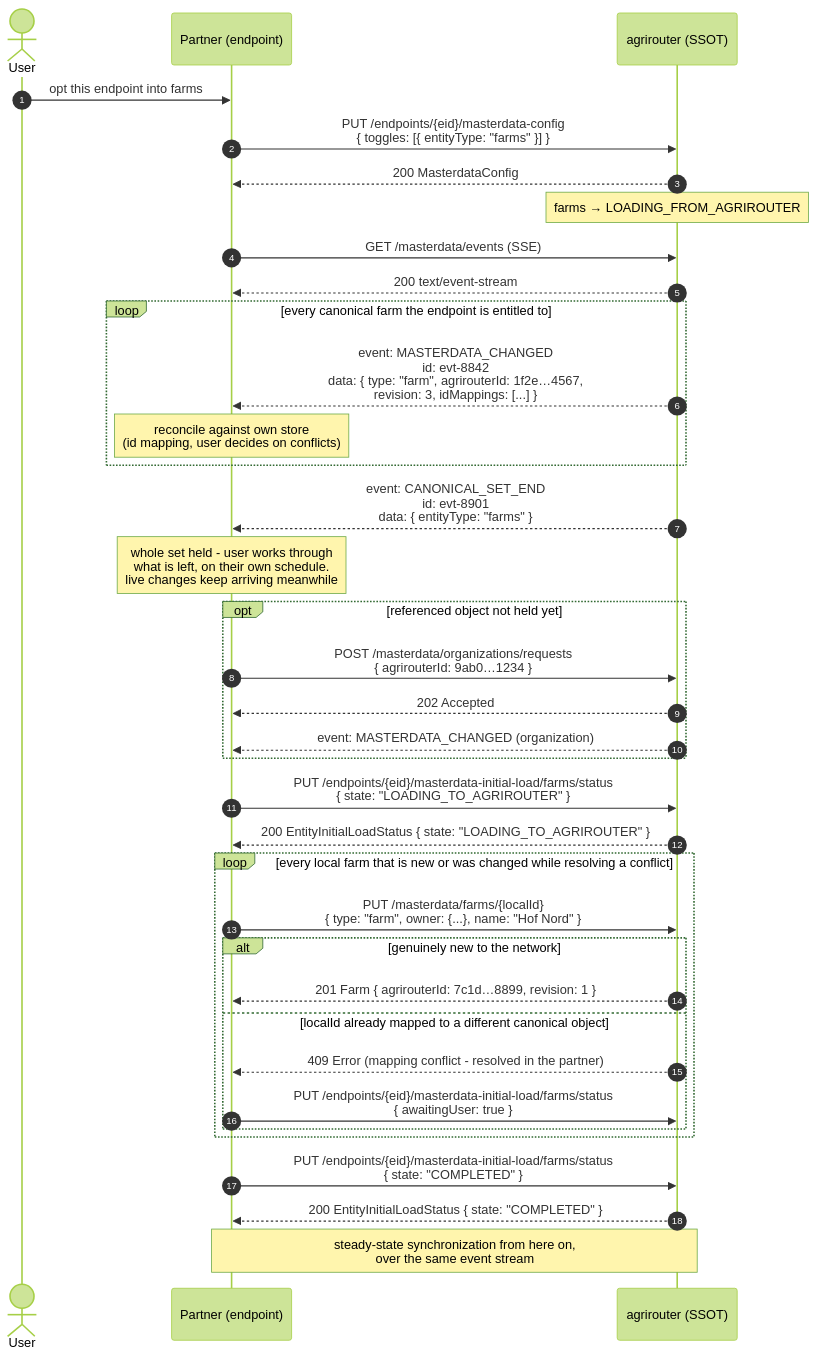
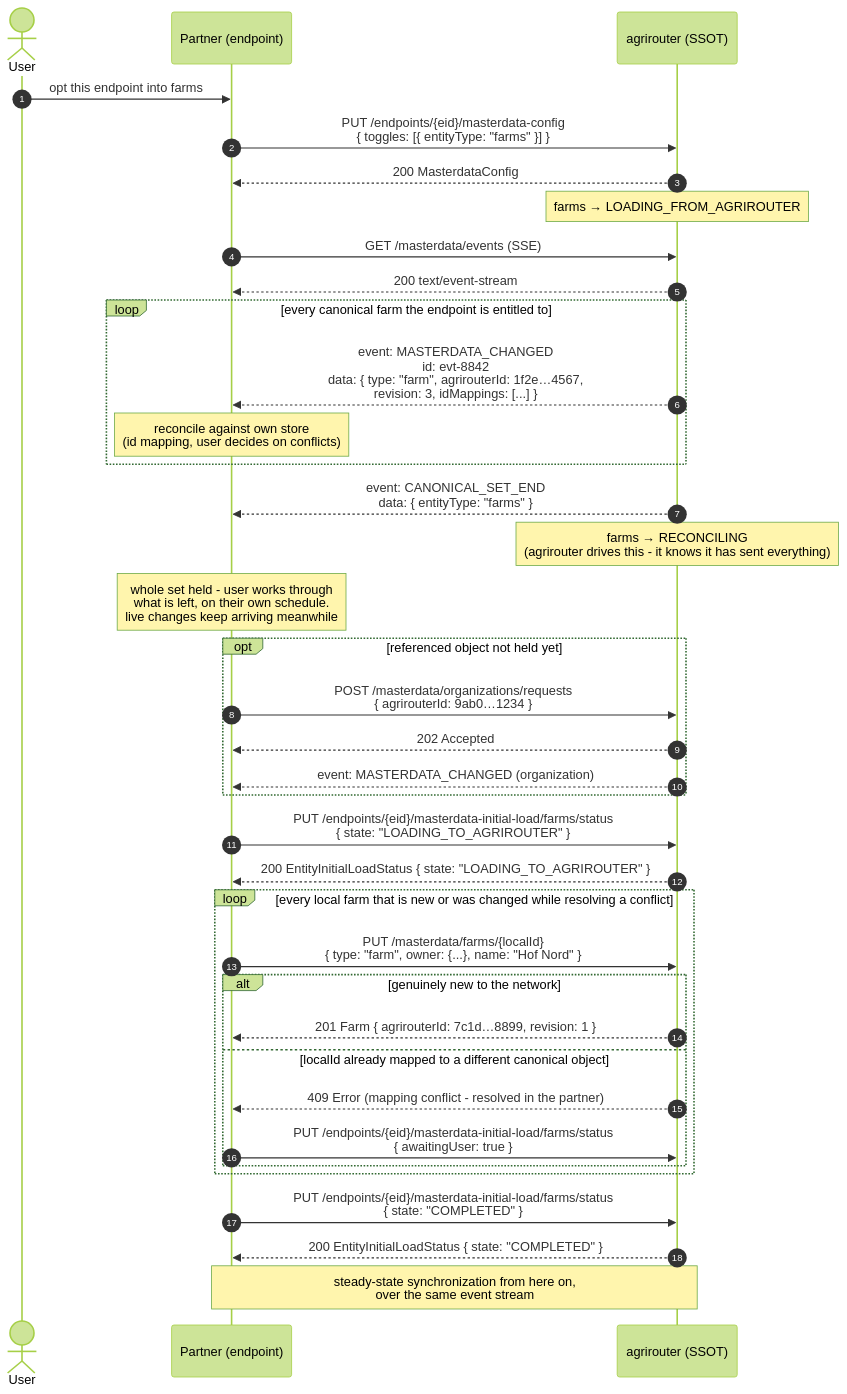
One commit to DKE-Data/masterdata-sync-working-group changed the second of 3 diagrams in architecture/06-initial-load.md. Above: the diagram before and after it, drawn with Mermaid (forest theme). The commit also changed other lines of this file and 3 other files, not shown here.

````diff
--- a/architecture/06-initial-load.md
+++ b/architecture/06-initial-load.md
@@ -58,43 +63,44 @@
 ```mermaid
 sequenceDiagram
     autonumber
     actor U as User
     participant P as Partner (endpoint)
     participant AR as agrirouter (SSOT)
 
     U->>P: opt this endpoint into farms
     P->>AR: PUT /endpoints/{eid}/masterdata-config<br/>{ toggles: [{ entityType: "farms" }] }
     AR-->>P: 200 MasterdataConfig
     Note over AR: farms → LOADING_FROM_AGRIROUTER
 
     P->>AR: GET /masterdata/events (SSE)
     AR-->>P: 200 text/event-stream
     loop every canonical farm the endpoint is entitled to
         AR-->>P: event: MASTERDATA_CHANGED<br/>id: evt-8842<br/>data: { type: "farm", agrirouterId: 1f2e…4567,<br/>revision: 3, idMappings: [...] }
         Note over P: reconcile against own store<br/>(id mapping, user decides on conflicts)
     end
-    AR-->>P: event: CANONICAL_SET_END<br/>id: evt-8901<br/>data: { entityType: "farms" }
+    AR-->>P: event: CANONICAL_SET_END<br/>data: { entityType: "farms" }
+    Note over AR: farms → RECONCILING<br/>(agrirouter drives this - it knows it has sent everything)
     Note over P: whole set held - user works through<br/>what is left, on their own schedule.<br/>live changes keep arriving meanwhile
     opt referenced object not held yet
         P->>AR: POST /masterdata/organizations/requests<br/>{ agrirouterId: 9ab0…1234 }
         AR-->>P: 202 Accepted
         AR-->>P: event: MASTERDATA_CHANGED (organization)
     end
 
     P->>AR: PUT /endpoints/{eid}/masterdata-initial-load/farms/status<br/>{ state: "LOADING_TO_AGRIROUTER" }
     AR-->>P: 200 EntityInitialLoadStatus { state: "LOADING_TO_AGRIROUTER" }
 
     loop every local farm that is new or was changed while resolving a conflict
         P->>AR: PUT /masterdata/farms/{localId}<br/>{ type: "farm", owner: {...}, name: "Hof Nord" }
         alt genuinely new to the network
             AR-->>P: 201 Farm { agrirouterId: 7c1d…8899, revision: 1 }
         else localId already mapped to a different canonical object
             AR-->>P: 409 Error (mapping conflict - resolved in the partner)
             P->>AR: PUT /endpoints/{eid}/masterdata-initial-load/farms/status<br/>{ awaitingUser: true }
         end
     end
 
     P->>AR: PUT /endpoints/{eid}/masterdata-initial-load/farms/status<br/>{ state: "COMPLETED" }
     AR-->>P: 200 EntityInitialLoadStatus { state: "COMPLETED" }
     Note over P,AR: steady-state synchronization from here on,<br/>over the same event stream
 ```
````
